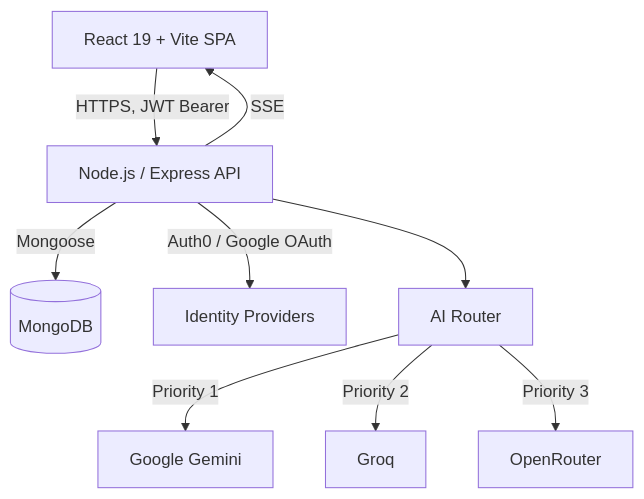
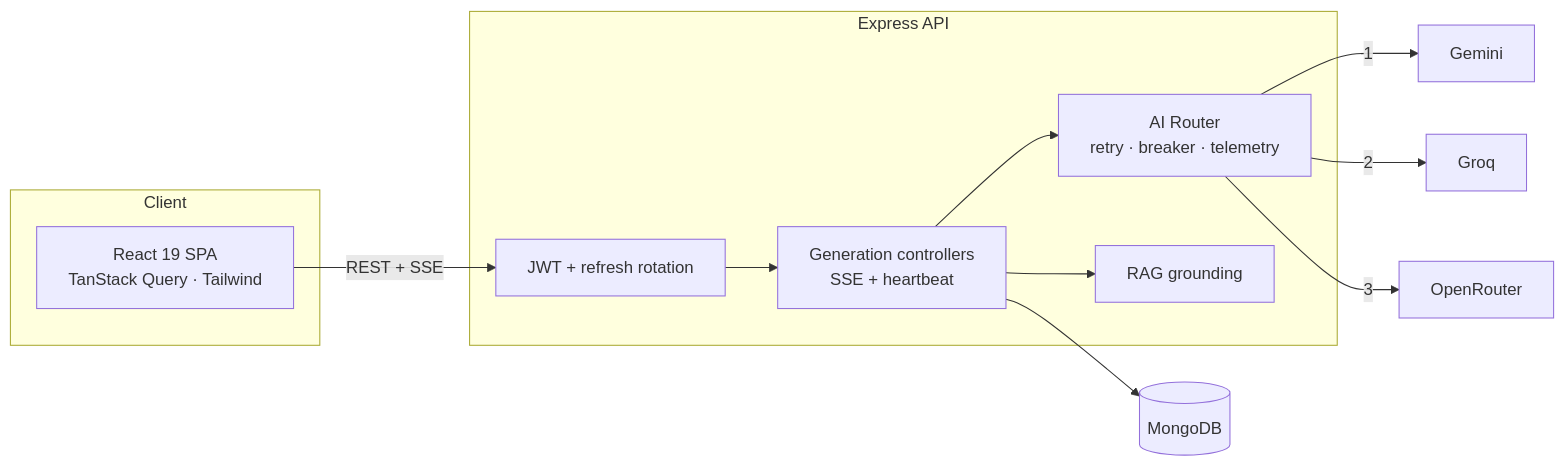
Before and after one commit to rahulpaul-07/smart-course-generator: the diagram in README.md, drawn with Mermaid. The commit also changed other lines of this file and 5 other files, not shown here.

````diff
--- a/README.md
+++ b/README.md
@@ -64,11 +62,19 @@
 ```mermaid
-graph TD
-    Client[React 19 + Vite SPA] -->|HTTPS, JWT Bearer| API[Node.js / Express API]
-    API -->|Mongoose| DB[(MongoDB)]
-    API -->|Auth0 / Google OAuth| Auth[Identity Providers]
-    API --> Router[AI Router]
-    Router -->|Priority 1| Gemini[Google Gemini]
-    Router -->|Priority 2| Groq[Groq]
-    Router -->|Priority 3| OpenRouter[OpenRouter]
-    API -->|SSE| Client
+graph LR
+    subgraph Client
+      SPA[React 19 SPA<br/>TanStack Query · Tailwind]
+    end
+    subgraph API[Express API]
+      Auth[JWT + refresh rotation]
+      Gen[Generation controllers<br/>SSE + heartbeat]
+      Router[AI Router<br/>retry · breaker · telemetry]
+      RAG[RAG grounding]
+    end
+    SPA -- REST + SSE --> Auth --> Gen
+    Gen --> RAG
+    Gen --> Router
+    Router -->|1| Gemini
+    Router -->|2| Groq
+    Router -->|3| OpenRouter
+    Gen --> DB[(MongoDB)]
 ```
````
